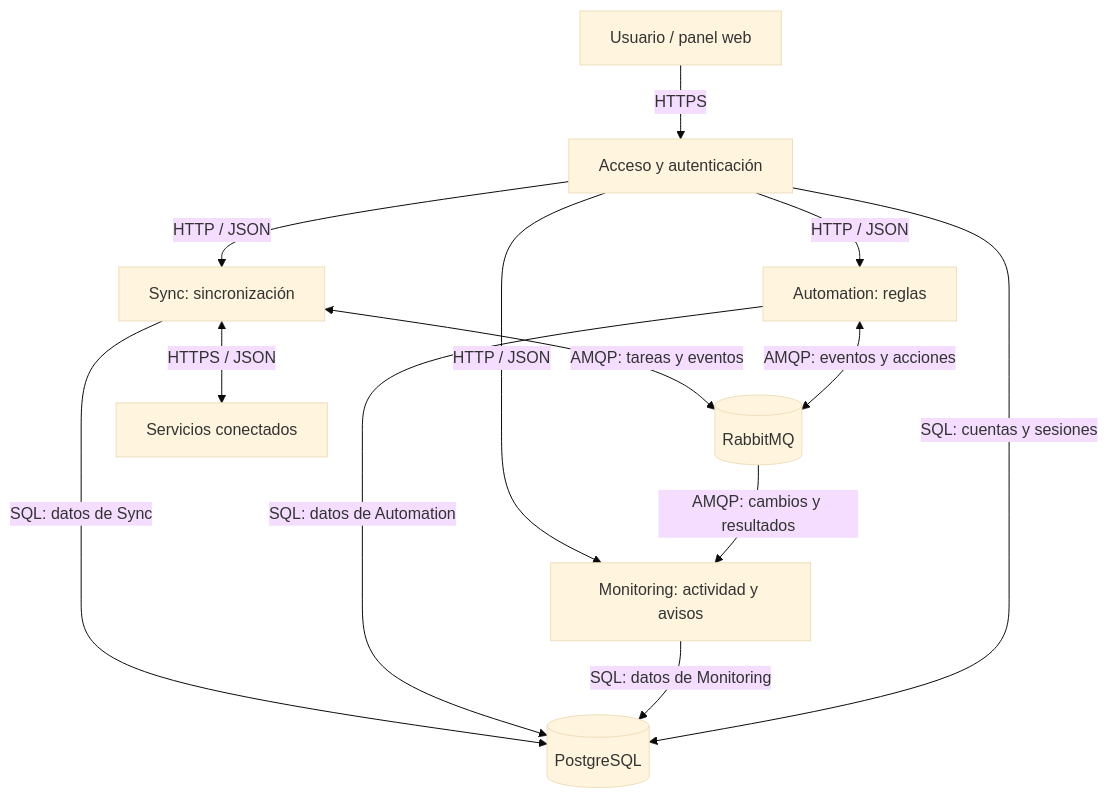
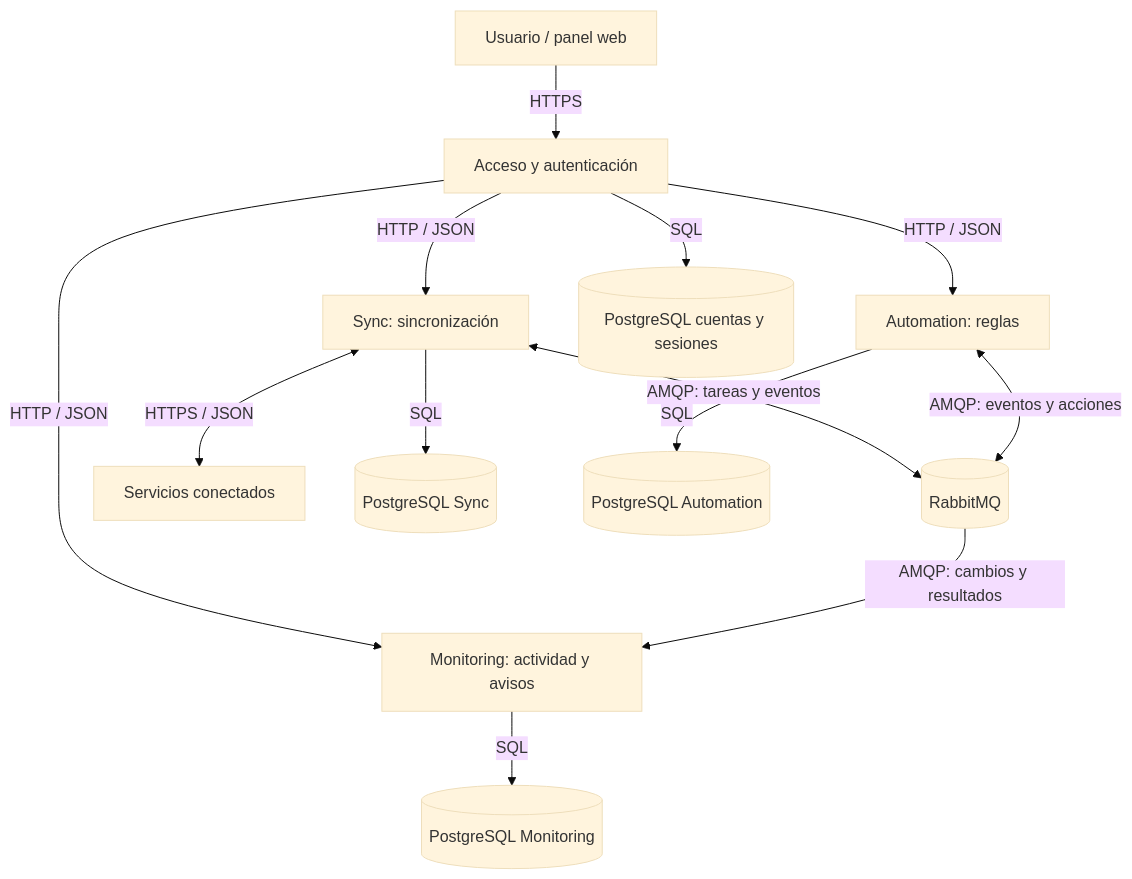
Before and after one commit to jotace-18/Synkron: the first of 2 diagrams in README.md, drawn with Mermaid (base theme). The commit also changed other lines of this file and 4 other files, not shown here.

````diff
--- a/README.md
+++ b/README.md
@@ -35,15 +35,15 @@
 ```mermaid
 flowchart TB
     U["Usuario / panel web"] -->|HTTPS| API["Acceso y autenticación"]
     API -->|HTTP / JSON| S["Sync: sincronización"]
     API -->|HTTP / JSON| A["Automation: reglas"]
     API -->|HTTP / JSON| M["Monitoring: actividad y avisos"]
     S <-->|AMQP: tareas y eventos| Q[(RabbitMQ)]
     A <-->|AMQP: eventos y acciones| Q
     Q -->|AMQP: cambios y resultados| M
     S <-->|HTTPS / JSON| X["Servicios conectados"]
-    S -->|SQL: datos de Sync| D[(PostgreSQL)]
-    A -->|SQL: datos de Automation| D
-    M -->|SQL: datos de Monitoring| D
-    API -->|SQL: cuentas y sesiones| D
+    S -->|SQL| DS[(PostgreSQL Sync)]
+    A -->|SQL| DA[(PostgreSQL Automation)]
+    M -->|SQL| DM[(PostgreSQL Monitoring)]
+    API -->|SQL| DU[(PostgreSQL cuentas y sesiones)]
 ```
````
